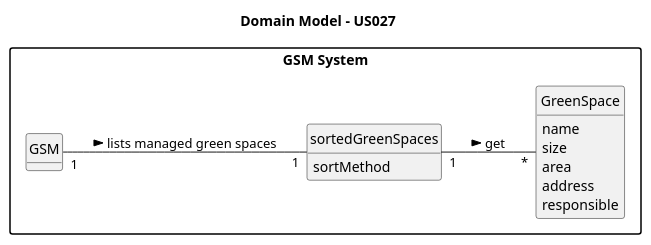
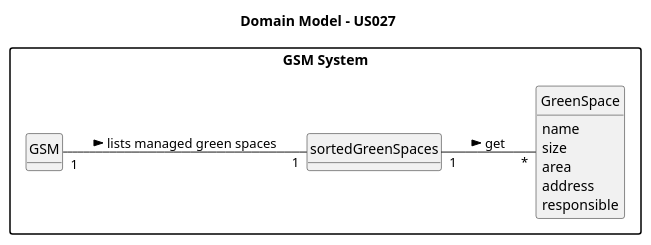
The diagram in docs/sprintC/us027/02.analysis/puml/us027-domain-model.puml (SAEmanuel/Green_Spaces_Management_ISEP), drawn with PlantUML before and after one commit. The commit also changed 8 other files, not shown here.

```diff
--- a/docs/sprintC/us027/02.analysis/puml/us027-domain-model.puml
+++ b/docs/sprintC/us027/02.analysis/puml/us027-domain-model.puml
@@ -1,41 +1,39 @@
 @startuml
 skinparam monochrome true
 skinparam packageStyle rectangle
 skinparam shadowing false
 
 left to right direction
 
 skinparam classAttributeIconSize 0
 
 hide circle
 hide methods
 package "GSM System" {
 
 title Domain Model - US027
 
 
 
 class GSM {
 }
 
 class GreenSpace {
          name
          size
          area
          address
          responsible
 }
 
-class sortedGreenSpaces {
-    sortMethod
-}
+
 
 
 GSM "1" -- "1" sortedGreenSpaces : lists managed green spaces >
 sortedGreenSpaces "1" -- "*" GreenSpace : get >
 
 
 
 
 
 @enduml
```
